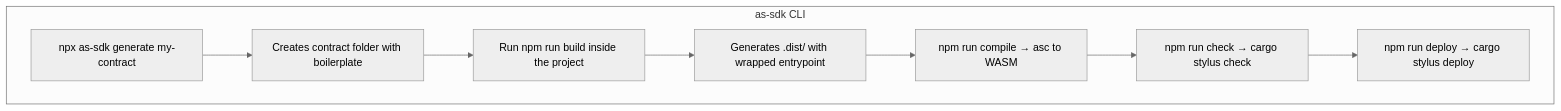
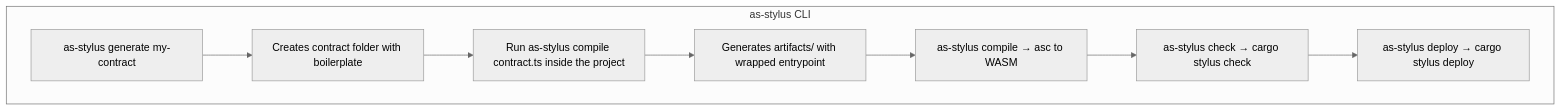
Before and after one commit to wakeuplabs-io/assembly-script-stylus-sdk: the diagram in README.md, drawn with Mermaid (neutral theme). The commit also changed other lines of this file and 3 other files, not shown here.

````diff
--- a/README.md
+++ b/README.md
@@ -16,14 +66,14 @@
 ```mermaid
 flowchart TD
-    subgraph as-sdk CLI
-        A[npx as-sdk generate my-contract]
+    subgraph as-stylus CLI
+        A[as-stylus generate my-contract]
         B[Creates contract folder with boilerplate]
-        C[Run npm run build inside the project]
-        D[Generates .dist/ with wrapped entrypoint]
-        E[npm run compile → asc to WASM]
-        F[npm run check → cargo stylus check]
-        G[npm run deploy → cargo stylus deploy]
+        C[Run as-stylus compile contract.ts inside the project]
+        D[Generates artifacts/ with wrapped entrypoint]
+        E[as-stylus compile → asc to WASM]
+        F[as-stylus check → cargo stylus check]
+        G[as-stylus deploy → cargo stylus deploy]
     end
 
     A --> B --> C --> D --> E --> F --> G
 ```
````
